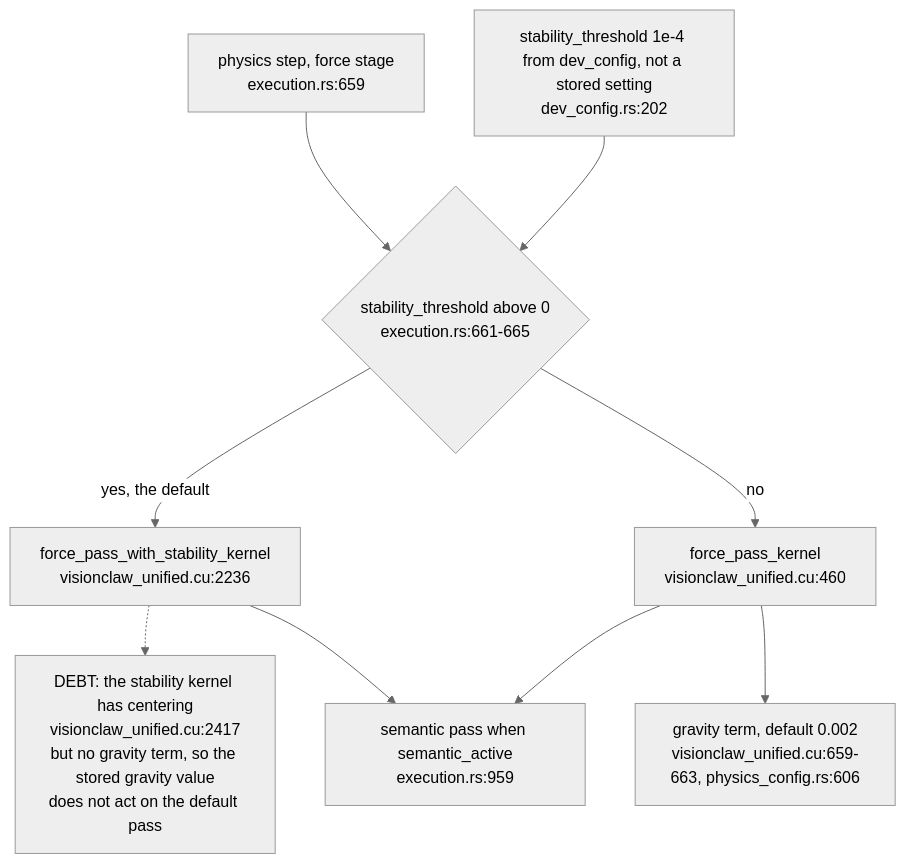
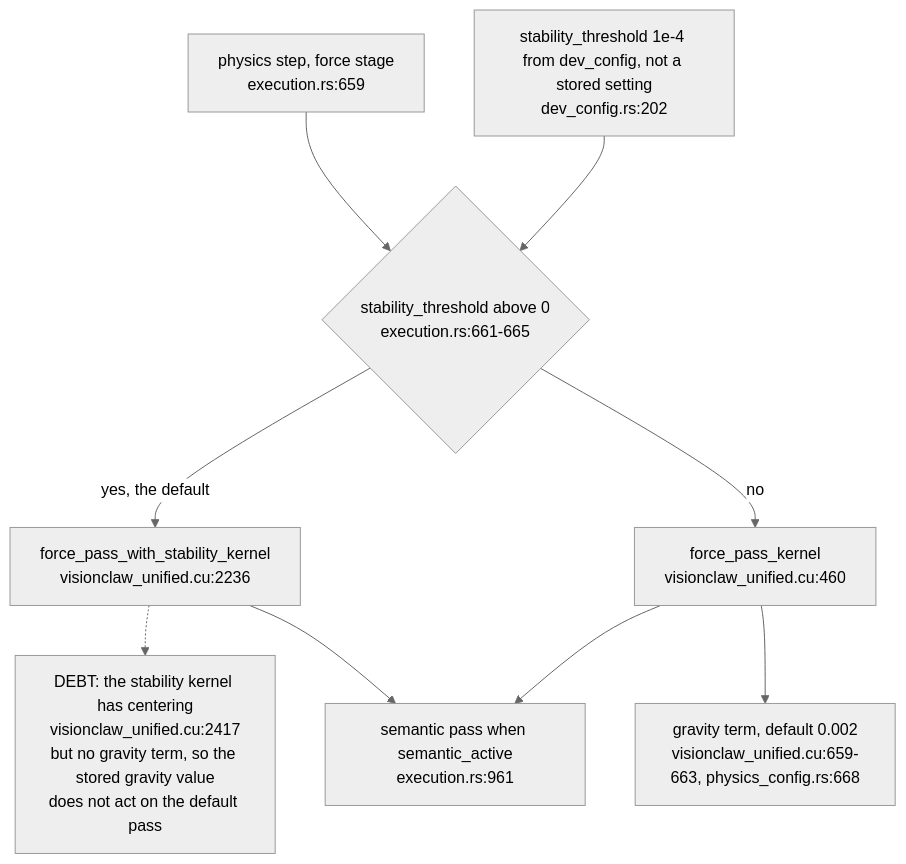
One commit to DreamLab-AI/VisionFlow changed the first of 5 diagrams in docs/diagrams/visionclaw/59-force-terms-and-where-configured.md. Above: the diagram before and after it, drawn with Mermaid (neutral theme). The commit also changed other lines of this file and 2 other files, not shown here.

First line of the commit message:
diagrams(visionclaw): re-verify VC-59, VC-60, VC-61 at visionclaw 4900ec60b

````diff
--- a/docs/diagrams/visionclaw/59-force-terms-and-where-configured.md
+++ b/docs/diagrams/visionclaw/59-force-terms-and-where-configured.md
@@ -39,11 +41,11 @@
 ```mermaid
 flowchart TB
     STEP["physics step, force stage<br/>execution.rs:659"] --> PICK{"stability_threshold above 0<br/>execution.rs:661-665"}
     DEF["stability_threshold 1e-4 from dev_config, not a stored setting<br/>dev_config.rs:202"] --> PICK
     PICK -->|"yes, the default"| STAB["force_pass_with_stability_kernel<br/>visionclaw_unified.cu:2236"]
     PICK -->|"no"| PLAIN["force_pass_kernel<br/>visionclaw_unified.cu:460"]
-    PLAIN --> GRAV["gravity term, default 0.002<br/>visionclaw_unified.cu:659-663, physics_config.rs:606"]
+    PLAIN --> GRAV["gravity term, default 0.002<br/>visionclaw_unified.cu:659-663, physics_config.rs:668"]
     STAB -.-> NOGRAV["DEBT: the stability kernel has centering<br/>visionclaw_unified.cu:2417<br/>but no gravity term, so the stored gravity value<br/>does not act on the default pass"]
-    STAB --> SEMP["semantic pass when semantic_active<br/>execution.rs:959"]
+    STAB --> SEMP["semantic pass when semantic_active<br/>execution.rs:961"]
     PLAIN --> SEMP
 ```
````
